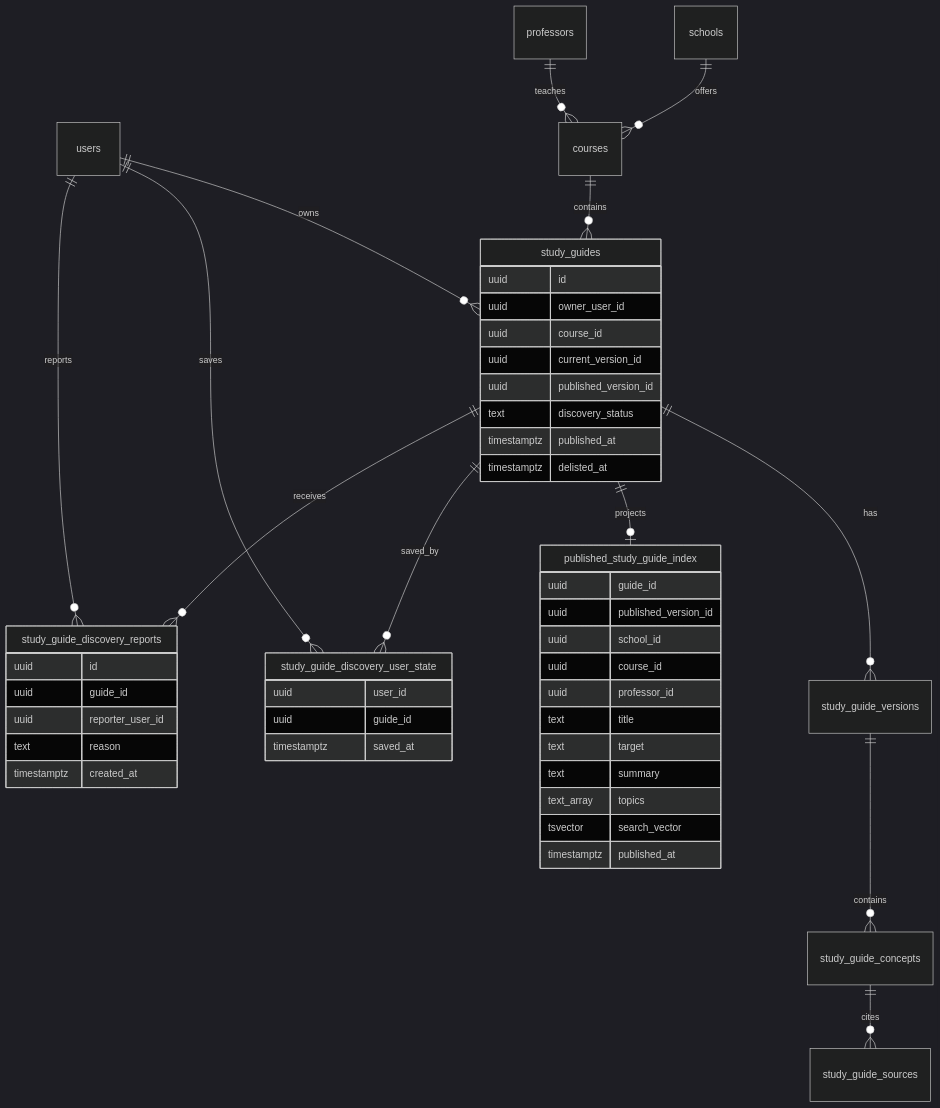
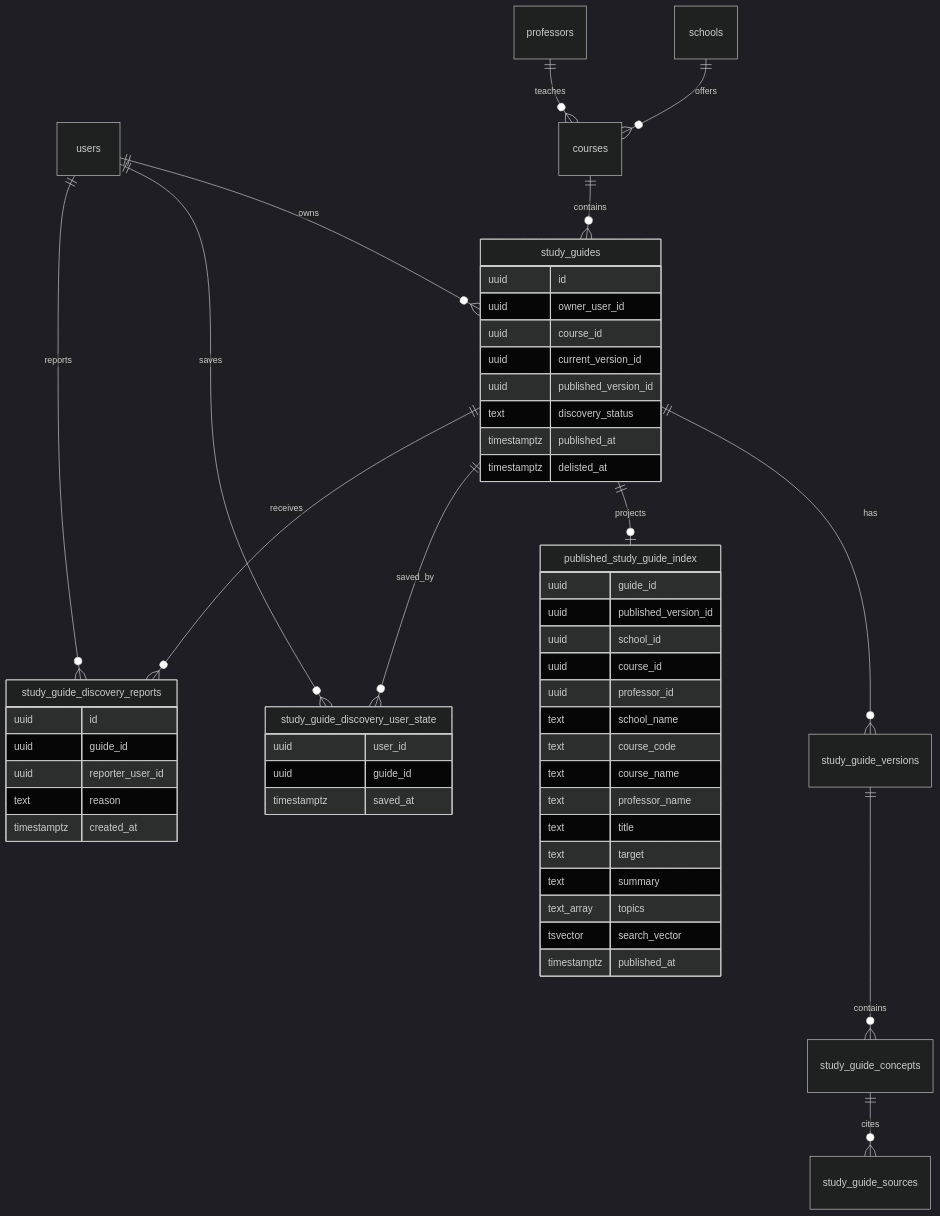
The fifth of 5 diagrams in docs/Study-Guide-Discovery-Design-Doc.md (skyeyestang99/studyhack-backend), drawn with Mermaid (dark theme) before and after one commit. The commit also changed other lines of this file, not shown here.

````diff
--- a/docs/Study-Guide-Discovery-Design-Doc.md
+++ b/docs/Study-Guide-Discovery-Design-Doc.md
@@ -335,54 +467,58 @@
 ```mermaid
 erDiagram
   users ||--o{ study_guides : owns
   courses ||--o{ study_guides : contains
   schools ||--o{ courses : offers
   professors ||--o{ courses : teaches
   study_guides ||--o{ study_guide_versions : has
   study_guide_versions ||--o{ study_guide_concepts : contains
   study_guide_concepts ||--o{ study_guide_sources : cites
   study_guides ||--o| published_study_guide_index : projects
   users ||--o{ study_guide_discovery_user_state : saves
   study_guides ||--o{ study_guide_discovery_user_state : saved_by
   study_guides ||--o{ study_guide_discovery_reports : receives
   users ||--o{ study_guide_discovery_reports : reports
 
   study_guides {
     uuid id
     uuid owner_user_id
     uuid course_id
     uuid current_version_id
     uuid published_version_id
     text discovery_status
     timestamptz published_at
     timestamptz delisted_at
   }
 
   published_study_guide_index {
     uuid guide_id
     uuid published_version_id
     uuid school_id
     uuid course_id
     uuid professor_id
+    text school_name
+    text course_code
+    text course_name
+    text professor_name
     text title
     text target
     text summary
     text_array topics
     tsvector search_vector
     timestamptz published_at
   }
 
   study_guide_discovery_user_state {
     uuid user_id
     uuid guide_id
     timestamptz saved_at
   }
 
   study_guide_discovery_reports {
     uuid id
     uuid guide_id
     uuid reporter_user_id
     text reason
     timestamptz created_at
   }
 ```
````
